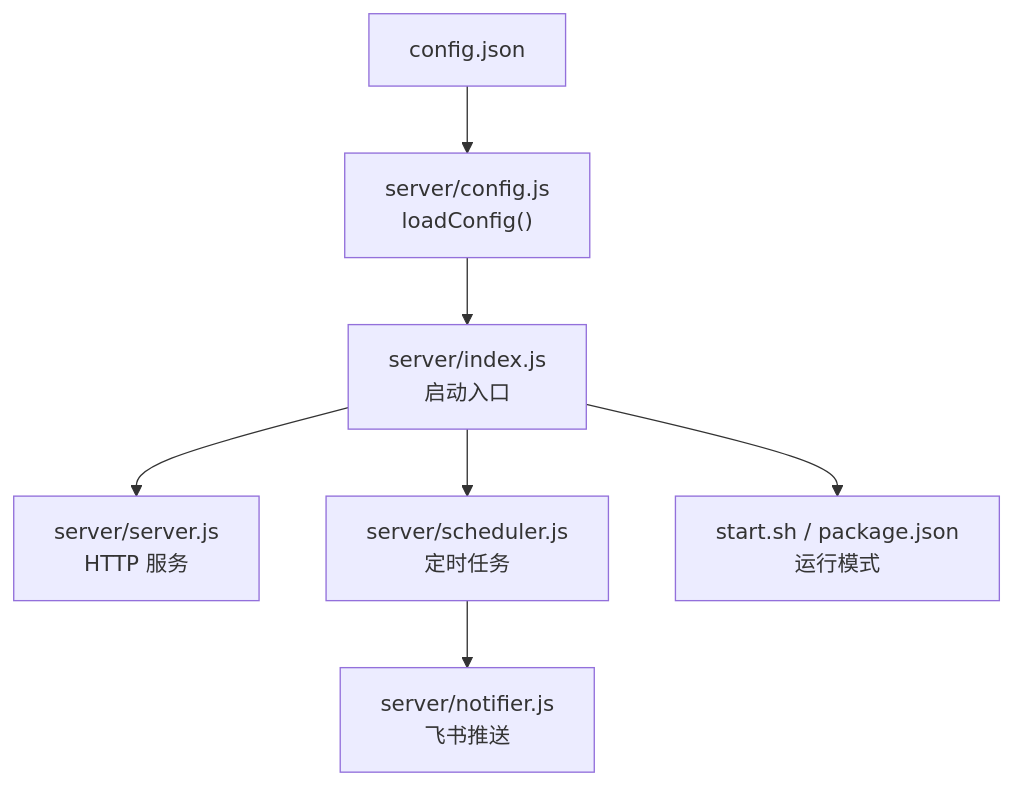
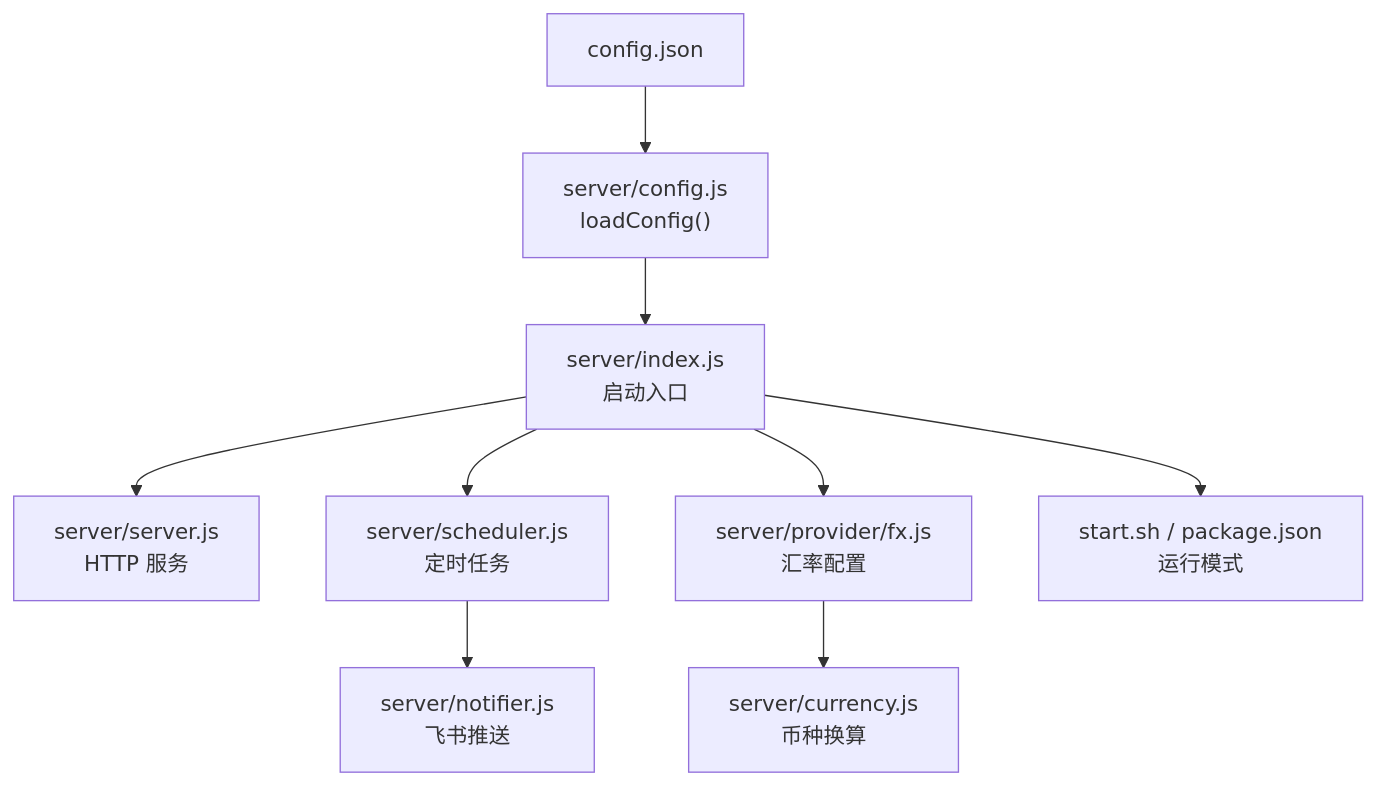
One commit to salenju/stock-advisor changed the first of 5 diagrams in .qoder/repowiki/zh/content/后端服务/配置管理.md. Above: the diagram before and after it, drawn with Mermaid. The commit also changed other lines of this file and 45 other files, not shown here.

````diff
--- a/.qoder/repowiki/zh/content/后端服务/配置管理.md
+++ b/.qoder/repowiki/zh/content/后端服务/配置管理.md
@@ -41,9 +55,11 @@
 ```mermaid
 graph TB
 A["config.json"] --> B["server/config.js<br/>loadConfig()"]
 B --> C["server/index.js<br/>启动入口"]
 C --> D["server/server.js<br/>HTTP 服务"]
 C --> E["server/scheduler.js<br/>定时任务"]
 E --> F["server/notifier.js<br/>飞书推送"]
-C --> G["start.sh / package.json<br/>运行模式"]
+C --> G["server/provider/fx.js<br/>汇率配置"]
+G --> H["server/currency.js<br/>币种换算"]
+C --> I["start.sh / package.json<br/>运行模式"]
 ```
````
